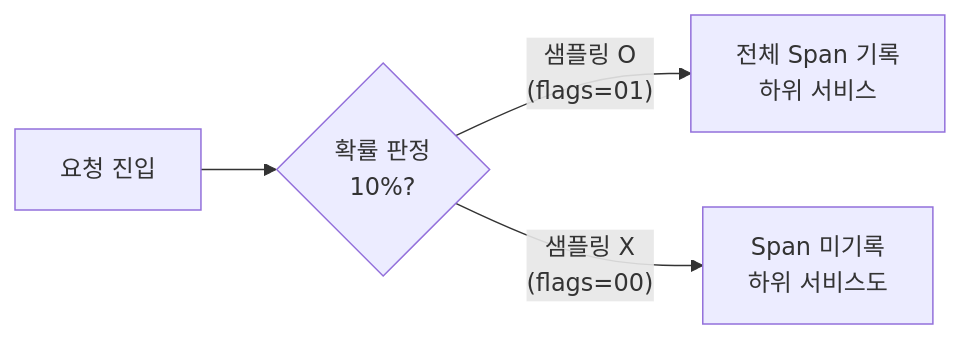
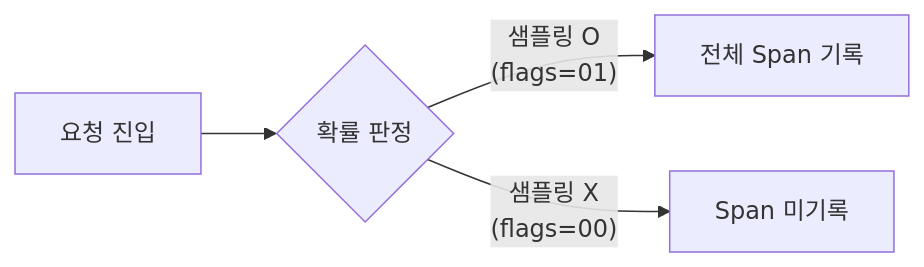
One commit to yjkim2015/yjkim2015.github.io changed the sixth of 7 diagrams in _posts/monitoring/2026-05-03-distributed-tracing.md. Above: the diagram before and after it, drawn with Mermaid. The commit also changed other lines of this file and 217 other files, not shown here.

First line of the commit message:
Mermaid 크기 수정: useMaxWidth:true + SVG max-width:100% + 라벨 축소

````diff
--- a/_posts/monitoring/2026-05-03-distributed-tracing.md
+++ b/_posts/monitoring/2026-05-03-distributed-tracing.md
@@ -415,6 +415,6 @@
 ```mermaid
 graph LR
-    REQ["요청 진입"] --> DECIDE{"확률 판정\n10%?"}
-    DECIDE -->|"샘플링 O\n(flags=01)"| TRACE_YES["전체 Span 기록\n하위 서비스"]
-    DECIDE -->|"샘플링 X\n(flags=00)"| TRACE_NO["Span 미기록\n하위 서비스도"]
+    REQ["요청 진입"] --> DECIDE{"확률 판정"}
+    DECIDE -->|"샘플링 O\n(flags=01)"| TRACE_YES["전체 Span 기록"]
+    DECIDE -->|"샘플링 X\n(flags=00)"| TRACE_NO["Span 미기록"]
 ```
````
